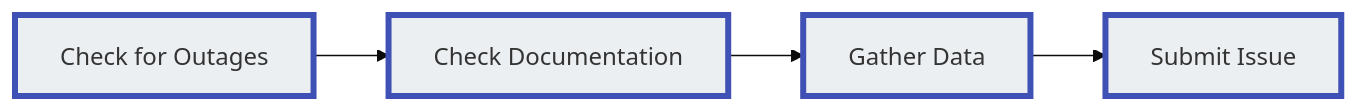
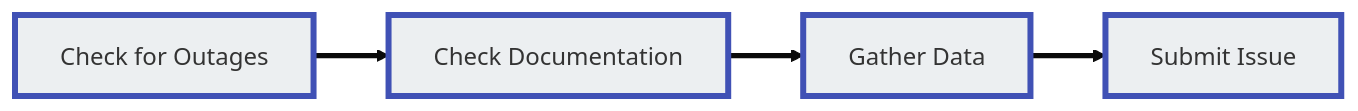
The diagram in docs/reporting-problems.md (connexcs/docs), drawn with Mermaid (base theme) before and after one commit.

````diff
--- a/docs/reporting-problems.md
+++ b/docs/reporting-problems.md
@@ -74,10 +74,10 @@
 ```mermaid
 graph LR
-A[Check for Outages] --> B[Check Documentation] 
-B --> C[Gather Data] 
-C --> D[Submit Issue]
+A[Check for Outages] ==> B[Check Documentation] 
+B ==> C[Gather Data] 
+C ==> D[Submit Issue]
 style A fill:#ECEFF1,stroke:#4051b5,stroke-width:4px
 style B fill:#ECEFF1,stroke:#4051b5,stroke-width:4px
 style C fill:#ECEFF1,stroke:#4051b5,stroke-width:4px
 style D fill:#ECEFF1,stroke:#4051b5,stroke-width:4px
 ```
````
